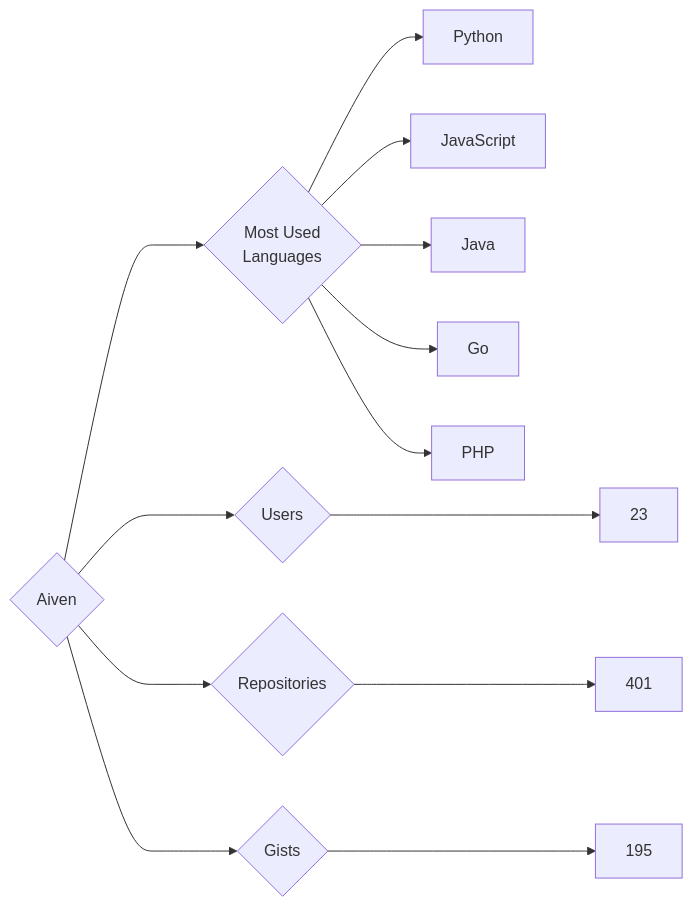
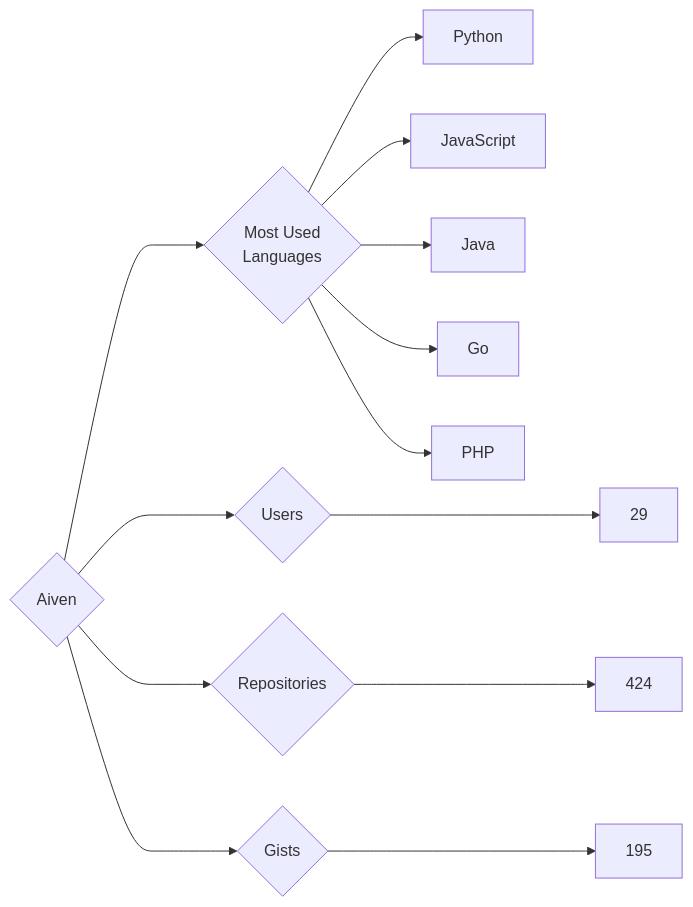
One commit to trickest/insiders changed the diagram in targets/Aiven/README.md. Above: the diagram before and after it, drawn with Mermaid. The commit also changed 932 other files, not shown here.

````diff
--- a/targets/Aiven/README.md
+++ b/targets/Aiven/README.md
@@ -3,13 +3,13 @@
 ```mermaid
 graph LR
 COMPANY_NAME{Aiven}
-COMPANY_NAME ---> U{Users} ---> UN[23]
-COMPANY_NAME ---> R{Repositories} ---> RN[401]
+COMPANY_NAME ---> U{Users} ---> UN[29]
+COMPANY_NAME ---> R{Repositories} ---> RN[424]
 COMPANY_NAME ---> G{Gists} ---> GN[195]
 COMPANY_NAME ---> ML{Most Used<br>Languages}
 ML --> Python[Python]
 ML --> JavaScript[JavaScript]
 ML --> Java[Java]
 ML --> Go[Go]
 ML --> PHP[PHP]
 ```
````
